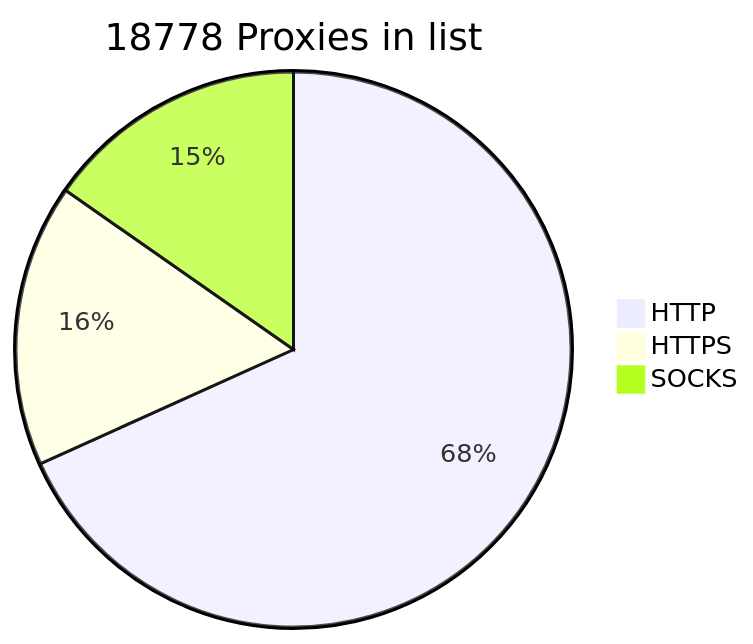
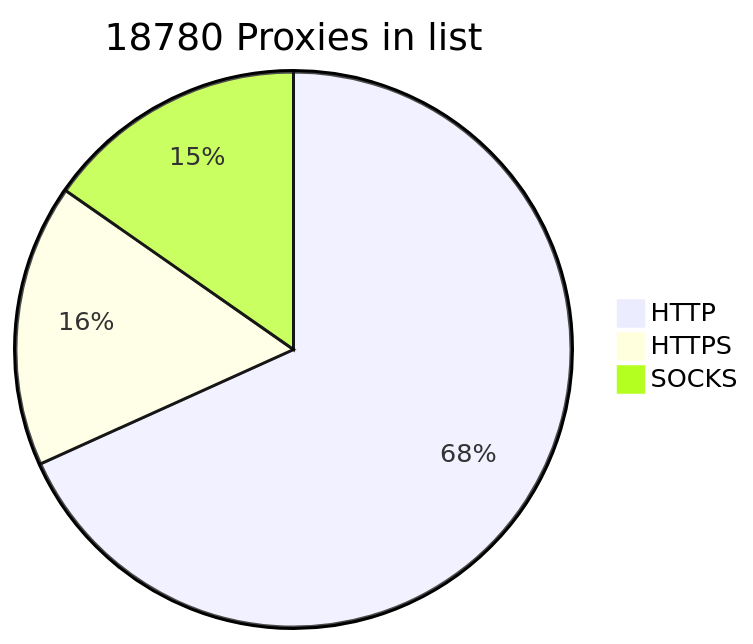
Before and after one commit to BlackSnowDot/proxylist-update-every-minute: the diagram in README.md, drawn with Mermaid.

````diff
--- a/README.md
+++ b/README.md
@@ -2,6 +2,6 @@
 ```mermaid
-pie title 18778 Proxies in list
+pie title 18780 Proxies in list
     "HTTP" : 13993
     "HTTPS": 3374
-    "SOCKS" : 3136
+    "SOCKS" : 3138
 ```
````
